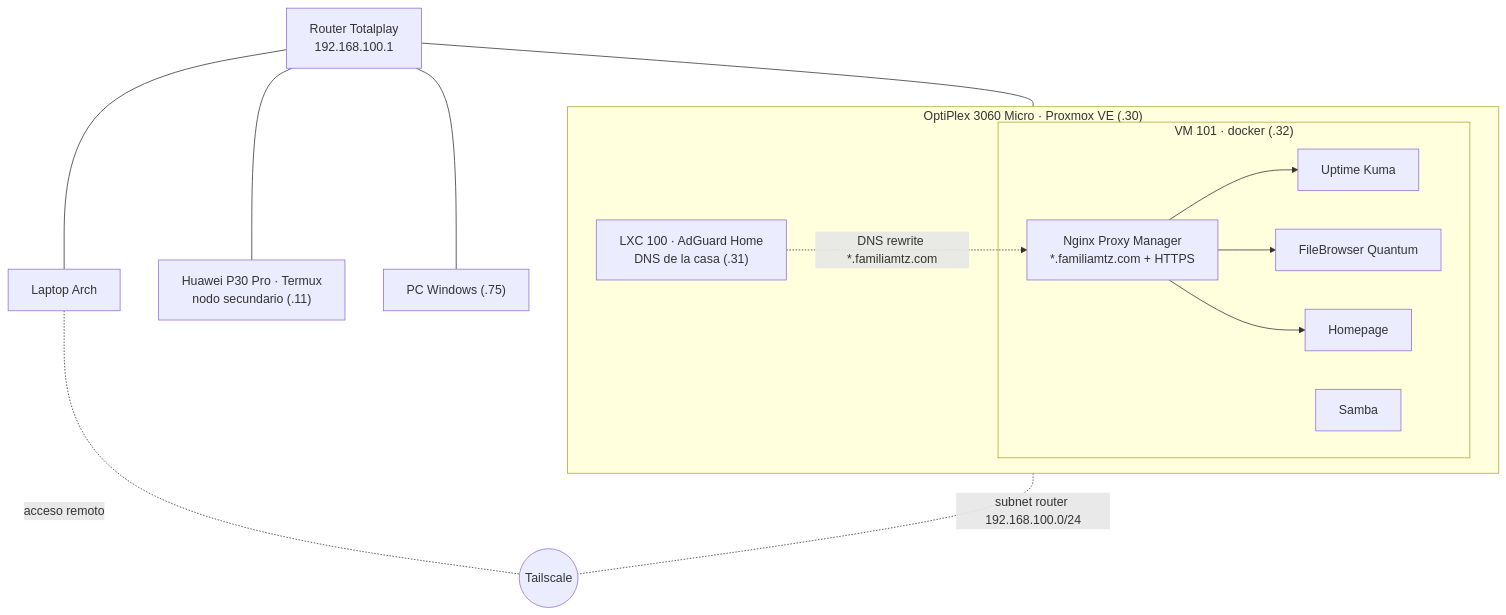
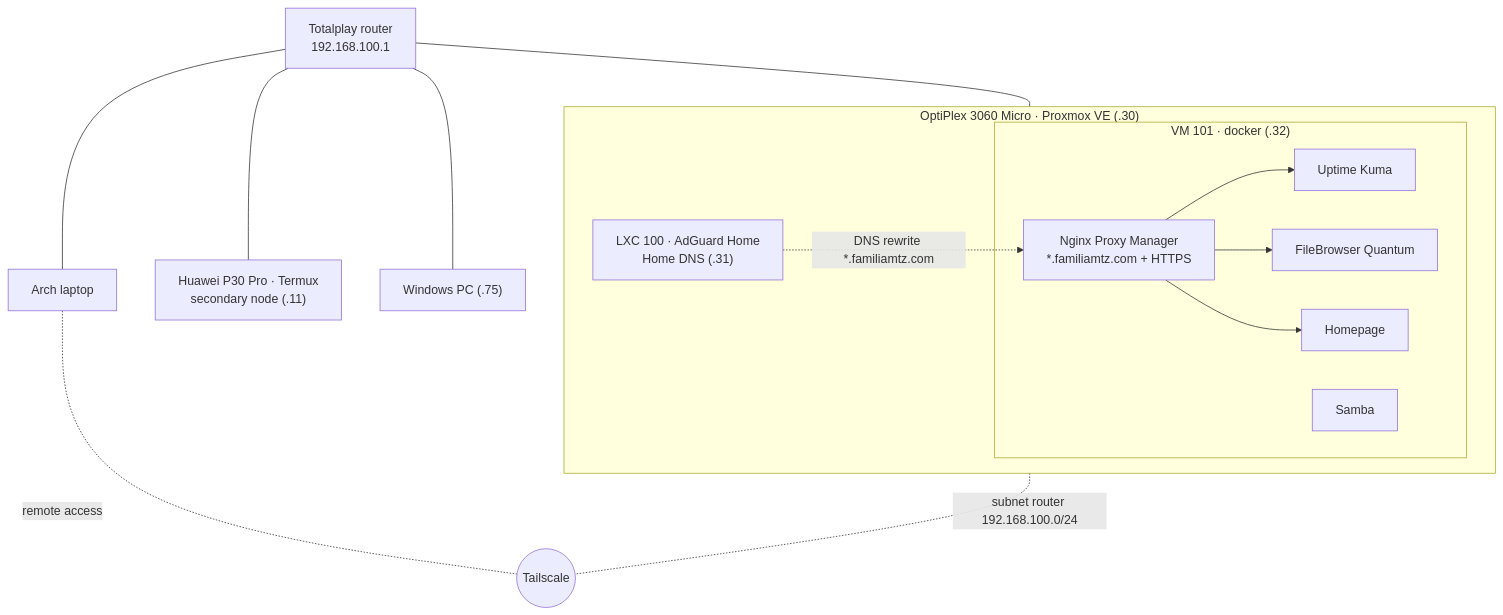
The diagram in README.md (Gamase/homelab), drawn with Mermaid before and after one commit. The commit also changed other lines of this file, not shown here.

````diff
--- a/README.md
+++ b/README.md
@@ -9,31 +9,31 @@
 ```mermaid
 graph TD
-    Router["Router Totalplay<br/>192.168.100.1"]
+    Router["Totalplay router<br/>192.168.100.1"]
     TS(("Tailscale"))
 
     subgraph PVE["OptiPlex 3060 Micro · Proxmox VE (.30)"]
-        AG["LXC 100 · AdGuard Home<br/>DNS de la casa (.31)"]
+        AG["LXC 100 · AdGuard Home<br/>Home DNS (.31)"]
         subgraph VM["VM 101 · docker (.32)"]
             NPM["Nginx Proxy Manager<br/>*.familiamtz.com + HTTPS"]
             Kuma["Uptime Kuma"]
             FB["FileBrowser Quantum"]
             Home["Homepage"]
             Samba["Samba"]
         end
     end
 
-    P30["Huawei P30 Pro · Termux<br/>nodo secundario (.11)"]
-    PC["PC Windows (.75)"]
-    Laptop["Laptop Arch"]
+    P30["Huawei P30 Pro · Termux<br/>secondary node (.11)"]
+    PC["Windows PC (.75)"]
+    Laptop["Arch laptop"]
 
     Router --- PVE
     Router --- P30
     Router --- PC
     Router --- Laptop
     AG -. "DNS rewrite *.familiamtz.com" .-> NPM
     NPM --> Kuma
     NPM --> FB
     NPM --> Home
     PVE -. "subnet router 192.168.100.0/24" .- TS
-    Laptop -. "acceso remoto" .- TS
+    Laptop -. "remote access" .- TS
 ```
````
